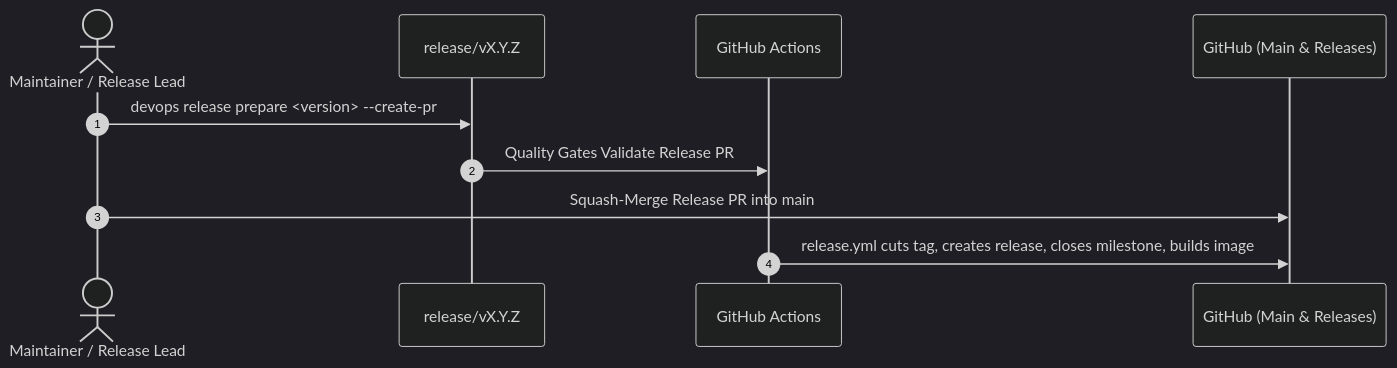
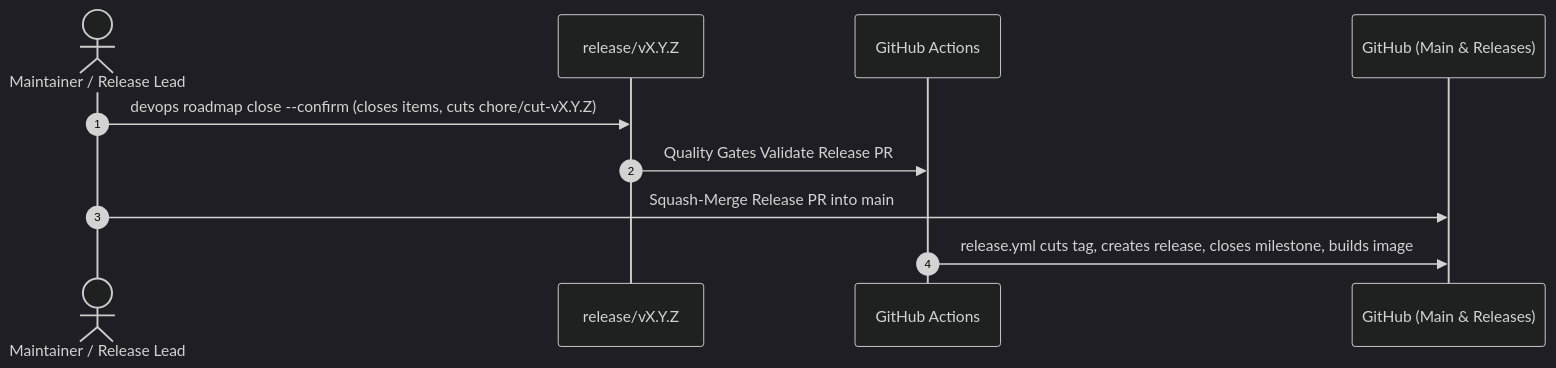
The third of 3 diagrams in docs/ROUTINE_TASKS.md (dan-petty/devops-cli), drawn with Mermaid (dark theme) before and after one commit. The commit also changed other lines of this file and 350 other files, not shown here.

````diff
--- a/docs/ROUTINE_TASKS.md
+++ b/docs/ROUTINE_TASKS.md
@@ -247,13 +247,13 @@
 ```mermaid
 sequenceDiagram
     autonumber
     actor Maintainer as Maintainer / Release Lead
     participant Branch as release/vX.Y.Z
     participant CI as GitHub Actions
     participant Hub as GitHub (Main & Releases)
 
-    Maintainer->>Branch: devops release prepare <version> --create-pr
+    Maintainer->>Branch: devops roadmap close --confirm (closes items, cuts chore/cut-vX.Y.Z)
     Branch->>CI: Quality Gates Validate Release PR
     Maintainer->>Hub: Squash-Merge Release PR into main
     CI->>Hub: release.yml cuts tag, creates release, closes milestone, builds image
 ```
````
